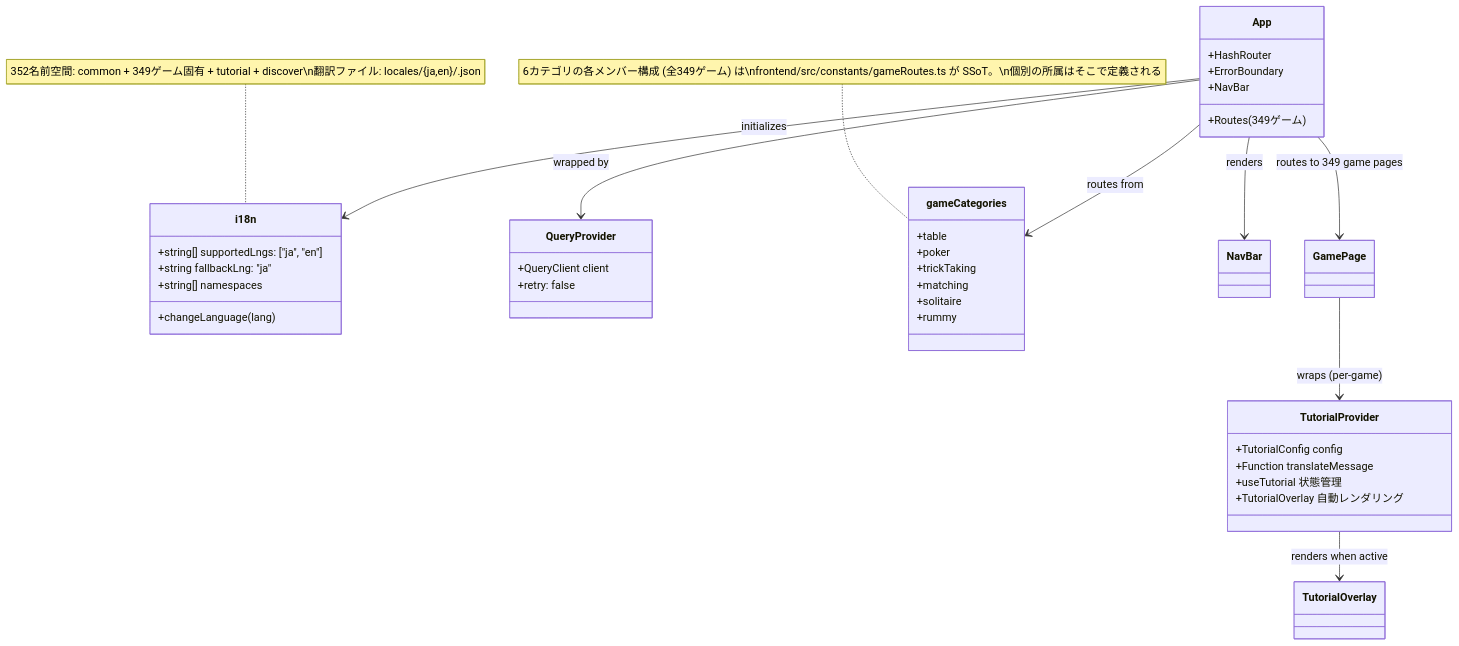
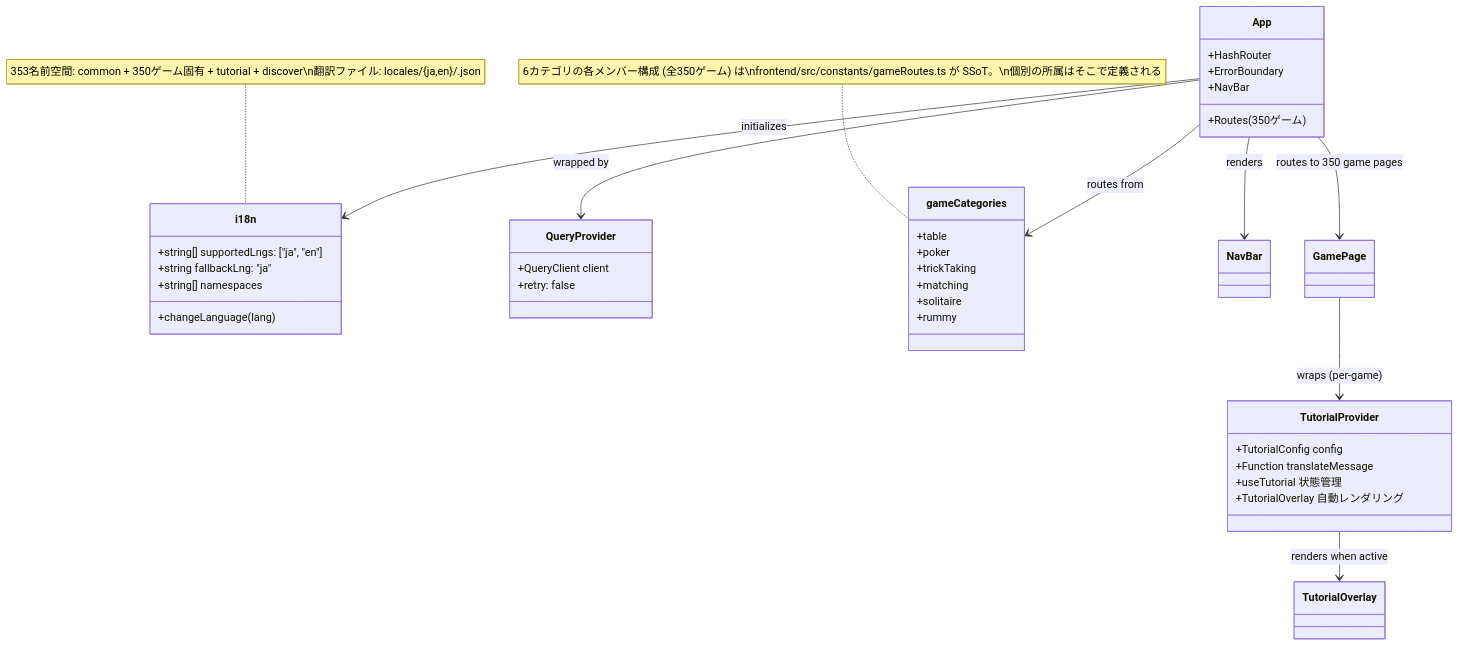
Before and after one commit to yuta-yoshinaga/go_trumpcards: the ninth of 49 diagrams in docs/design/frontend.md, drawn with Mermaid. The commit also changed other lines of this file and 64 other files, not shown here.

````diff
--- a/docs/design/frontend.md
+++ b/docs/design/frontend.md
@@ -1874,48 +1874,48 @@
 ```mermaid
 classDiagram
     class i18n {
         +string[] supportedLngs: ["ja", "en"]
         +string fallbackLng: "ja"
         +string[] namespaces
         +changeLanguage(lang)
     }
 
     class QueryProvider {
         +QueryClient client
         +retry: false
     }
 
     class App {
         +HashRouter
         +ErrorBoundary
         +NavBar
-        +Routes (349ゲーム)
+        +Routes (350ゲーム)
     }
 
     class gameCategories {
         +table
         +poker
         +trickTaking
         +matching
         +solitaire
         +rummy
     }
-    note for gameCategories "6カテゴリの各メンバー構成 (全349ゲーム) は\nfrontend/src/constants/gameRoutes.ts が SSoT。\n個別の所属はそこで定義される"
+    note for gameCategories "6カテゴリの各メンバー構成 (全350ゲーム) は\nfrontend/src/constants/gameRoutes.ts が SSoT。\n個別の所属はそこで定義される"
 
     class TutorialProvider {
         +TutorialConfig config
         +Function translateMessage
         +useTutorial 状態管理
         +TutorialOverlay 自動レンダリング
     }
 
     App --> QueryProvider : wrapped by
     App --> i18n : initializes
     App --> gameCategories : routes from
     App --> NavBar : renders
-    App --> GamePage : routes to 349 game pages
+    App --> GamePage : routes to 350 game pages
     GamePage --> TutorialProvider : wraps (per-game)
     TutorialProvider --> TutorialOverlay : renders when active
 
-    note for i18n "352名前空間: common + 349ゲーム固有 + tutorial + discover\n翻訳ファイル: locales/{ja,en}/<game>.json"
+    note for i18n "353名前空間: common + 350ゲーム固有 + tutorial + discover\n翻訳ファイル: locales/{ja,en}/<game>.json"
 ```
````
